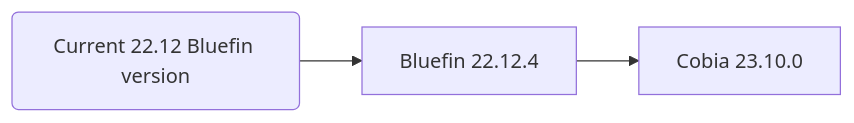
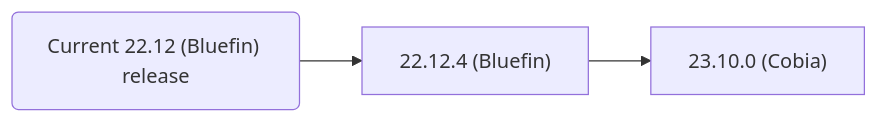
Before and after one commit to truenas/documentation: the second of 2 diagrams in content/GettingStarted/SCALEReleaseNotes.md, drawn with Mermaid. The commit also changed other lines of this file and 1 other file, not shown here.

````diff
--- a/content/GettingStarted/SCALEReleaseNotes.md
+++ b/content/GettingStarted/SCALEReleaseNotes.md
@@ -118,4 +118,4 @@
 ```mermaid
 flowchart LR
-A(Current 22.12 Bluefin version) --> B[Bluefin 22.12.4] --> C[Cobia 23.10.0]
+A("Current 22.12 (Bluefin) release") --> B["22.12.4 (Bluefin)"] --> C["23.10.0 (Cobia)"]
 ```
````
